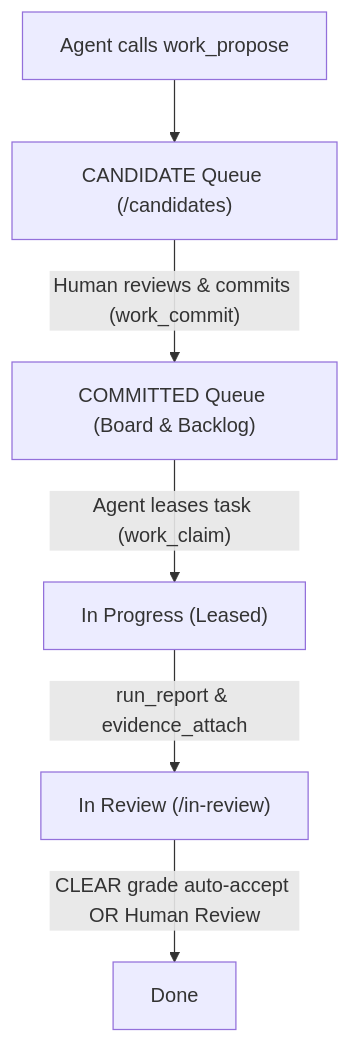
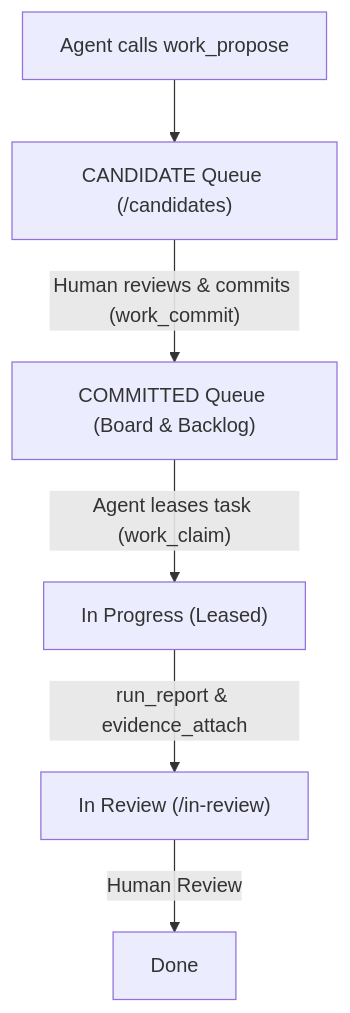
One commit to fakechris/Involute changed the first of 2 diagrams in AGENTS.md. Above: the diagram before and after it, drawn with Mermaid. The commit also changed other lines of this file and 32 other files, not shown here.

````diff
--- a/AGENTS.md
+++ b/AGENTS.md
@@ -32,8 +32,8 @@
 ```mermaid
 flowchart TD
     A["Agent calls work_propose"] --> B["CANDIDATE Queue (/candidates)"]
     B -->|"Human reviews & commits (work_commit)"| C["COMMITTED Queue (Board & Backlog)"]
     C -->|"Agent leases task (work_claim)"| D["In Progress (Leased)"]
     D -->|"run_report & evidence_attach"| E["In Review (/in-review)"]
-    E -->|"CLEAR grade auto-accept OR Human Review"| F["Done"]
+    E -->|"Human Review"| F["Done"]
 ```
````
